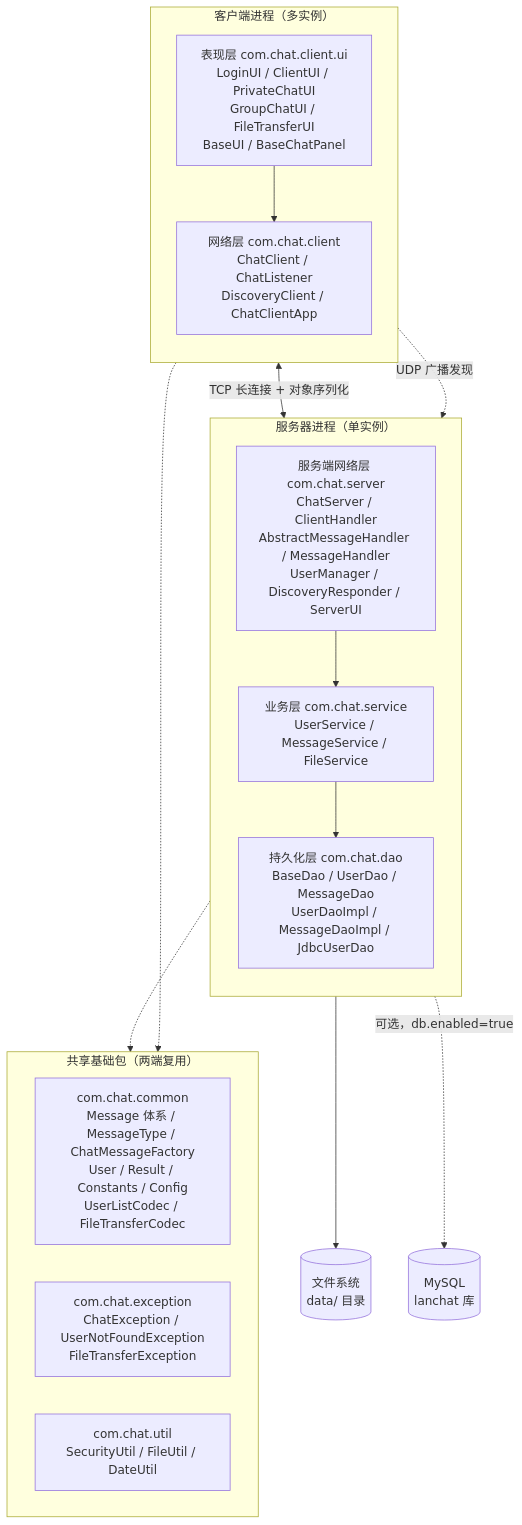
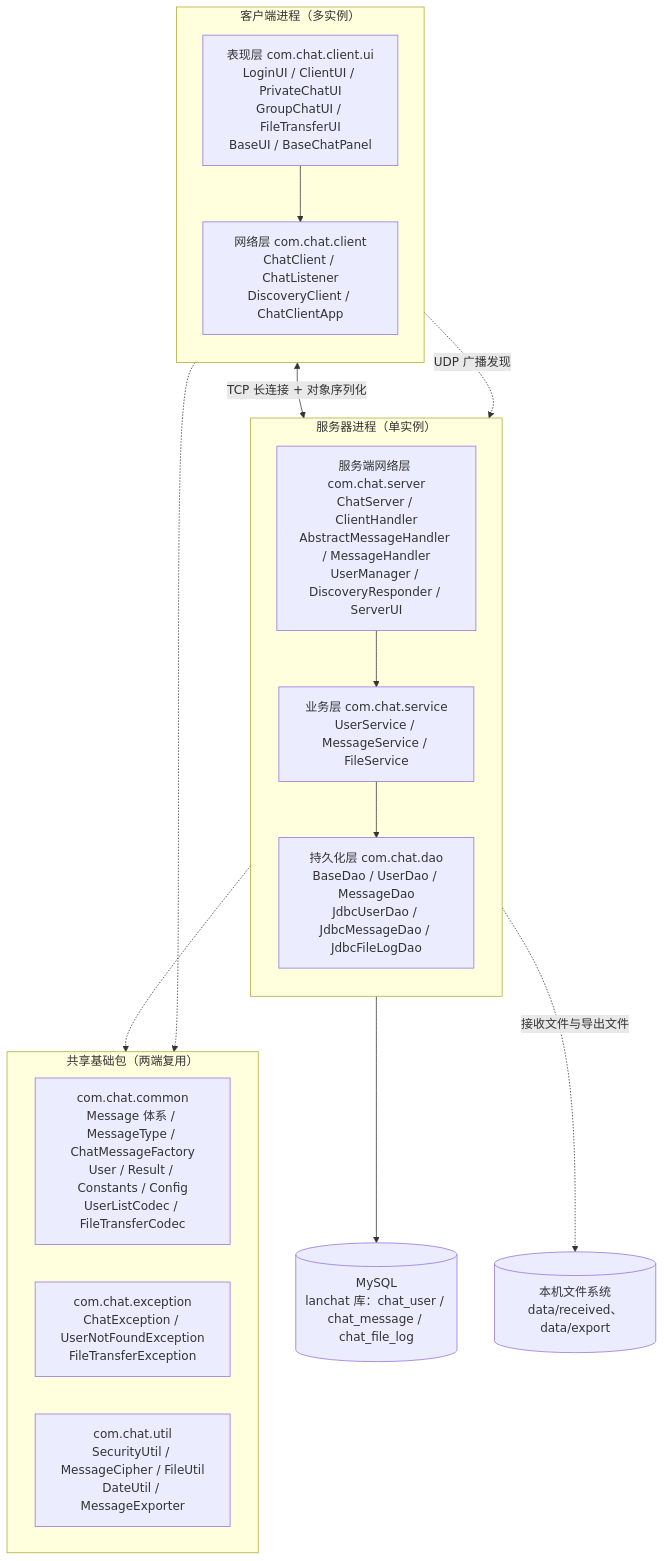
The first of 9 diagrams in docs/design/02-系统设计.md (FeiTwnd/lanchat), drawn with Mermaid before and after one commit. The commit also changed other lines of this file and 9 other files, not shown here.

````diff
--- a/docs/design/02-系统设计.md
+++ b/docs/design/02-系统设计.md
@@ -44,32 +45,32 @@
 ```mermaid
 flowchart TB
     subgraph CLIENT["客户端进程（多实例）"]
         direction TB
         UI["表现层 com.chat.client.ui<br/>LoginUI / ClientUI / PrivateChatUI<br/>GroupChatUI / FileTransferUI<br/>BaseUI / BaseChatPanel"]
         NET["网络层 com.chat.client<br/>ChatClient / ChatListener<br/>DiscoveryClient / ChatClientApp"]
         UI --> NET
     end
 
     subgraph SERVER["服务器进程（单实例）"]
         direction TB
         SRV["服务端网络层 com.chat.server<br/>ChatServer / ClientHandler<br/>AbstractMessageHandler / MessageHandler<br/>UserManager / DiscoveryResponder / ServerUI"]
         SVC["业务层 com.chat.service<br/>UserService / MessageService / FileService"]
-        DAO["持久化层 com.chat.dao<br/>BaseDao / UserDao / MessageDao<br/>UserDaoImpl / MessageDaoImpl / JdbcUserDao"]
+        DAO["持久化层 com.chat.dao<br/>BaseDao / UserDao / MessageDao<br/>JdbcUserDao / JdbcMessageDao / JdbcFileLogDao"]
         SRV --> SVC
         SVC --> DAO
     end
 
     subgraph SHARED["共享基础包（两端复用）"]
         direction LR
         COMMON["com.chat.common<br/>Message 体系 / MessageType / ChatMessageFactory<br/>User / Result / Constants / Config<br/>UserListCodec / FileTransferCodec"]
         EXC["com.chat.exception<br/>ChatException / UserNotFoundException<br/>FileTransferException"]
-        UTIL["com.chat.util<br/>SecurityUtil / FileUtil / DateUtil"]
+        UTIL["com.chat.util<br/>SecurityUtil / MessageCipher / FileUtil<br/>DateUtil / MessageExporter"]
     end
 
     NET <-->|"TCP 长连接 + 对象序列化"| SRV
     NET -.->|"UDP 广播发现"| SRV
     CLIENT -.-> SHARED
     SERVER -.-> SHARED
-    DAO --> FS[("文件系统<br/>data/ 目录")]
-    DAO -.->|"可选，db.enabled=true"| DB[("MySQL<br/>lanchat 库")]
+    DAO --> DB[("MySQL<br/>lanchat 库：chat_user / chat_message / chat_file_log")]
+    SVC -.->|"接收文件与导出文件"| FS[("本机文件系统<br/>data/received、data/export")]
 ```
````
